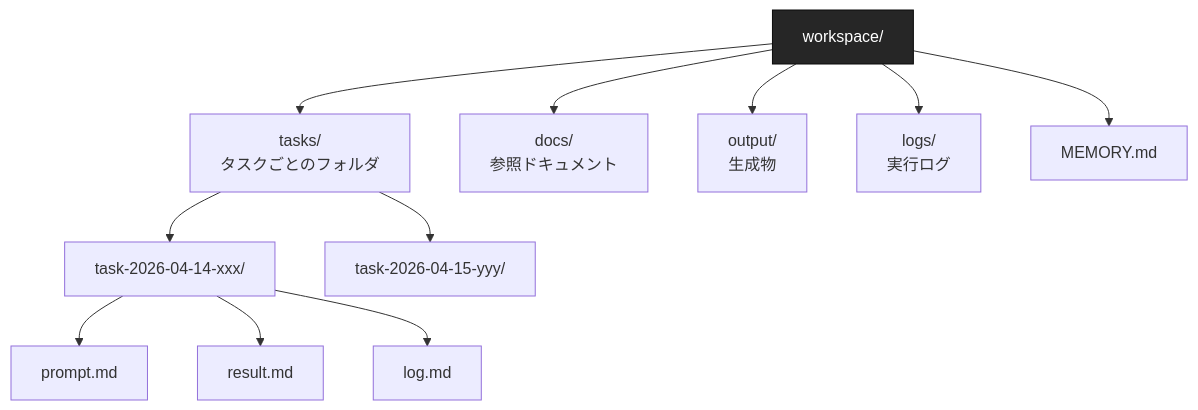
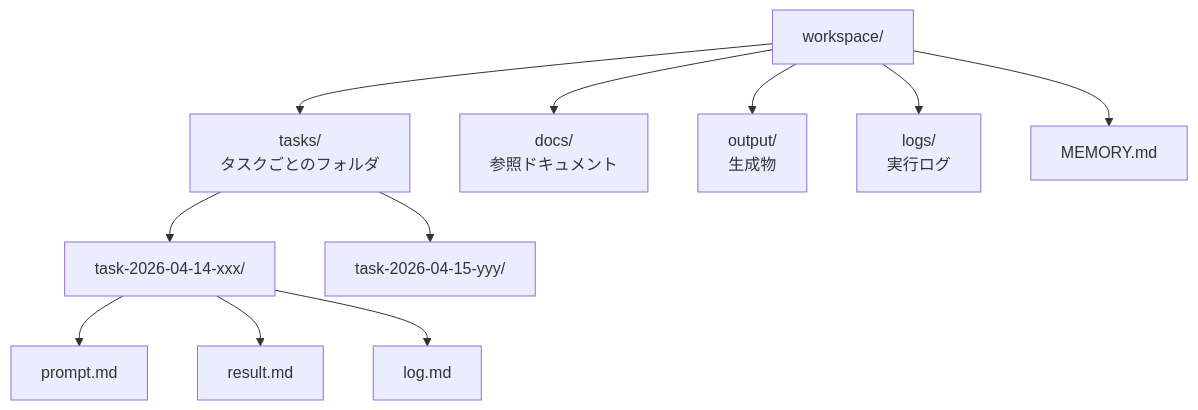
Before and after one commit to dinekt/dinekt-wiki: the first of 3 diagrams in docs/techniques/エージェント専用ワークスペースのディレクトリ設計.md, drawn with Mermaid. The commit also changed other lines of this file and 70 other files, not shown here.

First line of the commit message:
fix(mermaid): strip all inline styling, rely on theme

````diff
--- a/docs/techniques/エージェント専用ワークスペースのディレクトリ設計.md
+++ b/docs/techniques/エージェント専用ワークスペースのディレクトリ設計.md
@@ -23,17 +23,16 @@
 ```mermaid
 flowchart TD
     W[workspace/] --> T[tasks/<br/>タスクごとのフォルダ]
     W --> D[docs/<br/>参照ドキュメント]
     W --> O[output/<br/>生成物]
     W --> L[logs/<br/>実行ログ]
     W --> M[MEMORY.md]
 
     T --> T1[task-2026-04-14-xxx/]
     T --> T2[task-2026-04-15-yyy/]
 
     T1 --> P[prompt.md]
     T1 --> R[result.md]
     T1 --> LOG[log.md]
 
-    style W fill:#262626,color:#fff,stroke:#0a0a0a
 ```
````
